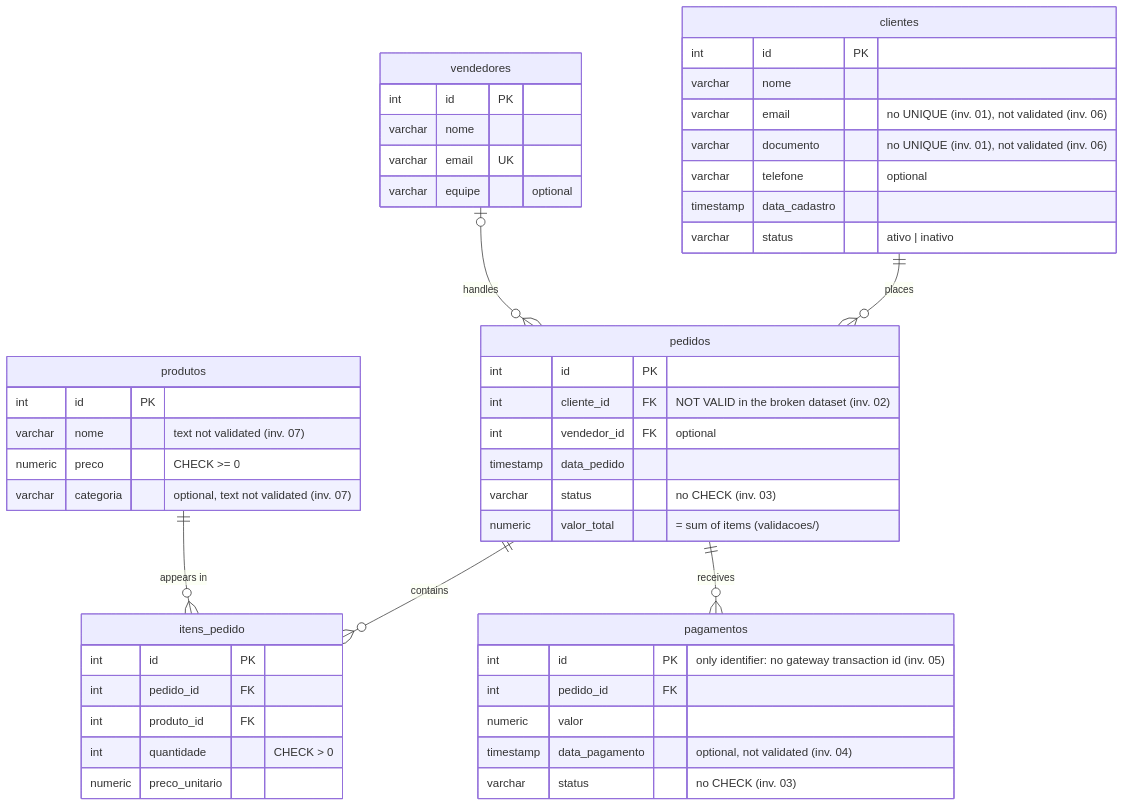
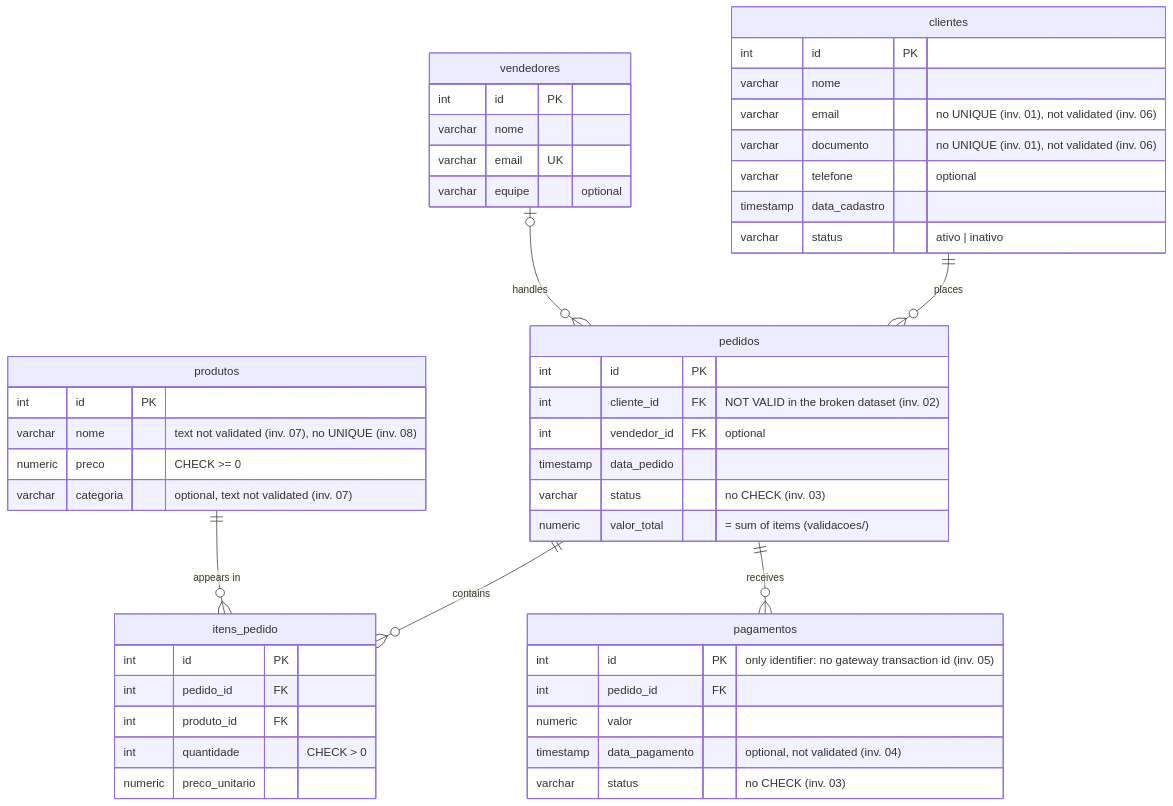
Before and after one commit to ThomasTDS/sql-defect-investigation: the diagram in README.en.md, drawn with Mermaid. The commit also changed other lines of this file and 11 other files, not shown here.

````diff
--- a/README.en.md
+++ b/README.en.md
@@ -29,57 +29,57 @@
 ```mermaid
 erDiagram
     clientes ||--o{ pedidos : "places"
     vendedores |o--o{ pedidos : "handles"
     pedidos ||--o{ itens_pedido : "contains"
     produtos ||--o{ itens_pedido : "appears in"
     pedidos ||--o{ pagamentos : "receives"
 
     clientes {
         int id PK
         varchar nome
         varchar email "no UNIQUE (inv. 01), not validated (inv. 06)"
         varchar documento "no UNIQUE (inv. 01), not validated (inv. 06)"
         varchar telefone "optional"
         timestamp data_cadastro
         varchar status "ativo | inativo"
     }
 
     vendedores {
         int id PK
         varchar nome
         varchar email UK
         varchar equipe "optional"
     }
 
     produtos {
         int id PK
-        varchar nome "text not validated (inv. 07)"
+        varchar nome "text not validated (inv. 07), no UNIQUE (inv. 08)"
         numeric preco "CHECK >= 0"
         varchar categoria "optional, text not validated (inv. 07)"
     }
 
     pedidos {
         int id PK
         int cliente_id FK "NOT VALID in the broken dataset (inv. 02)"
         int vendedor_id FK "optional"
         timestamp data_pedido
         varchar status "no CHECK (inv. 03)"
         numeric valor_total "= sum of items (validacoes/)"
     }
 
     itens_pedido {
         int id PK
         int pedido_id FK
         int produto_id FK
         int quantidade "CHECK > 0"
         numeric preco_unitario
     }
 
     pagamentos {
         int id PK "only identifier: no gateway transaction id (inv. 05)"
         int pedido_id FK
         numeric valor
         timestamp data_pagamento "optional, not validated (inv. 04)"
         varchar status "no CHECK (inv. 03)"
     }
 ```
````
